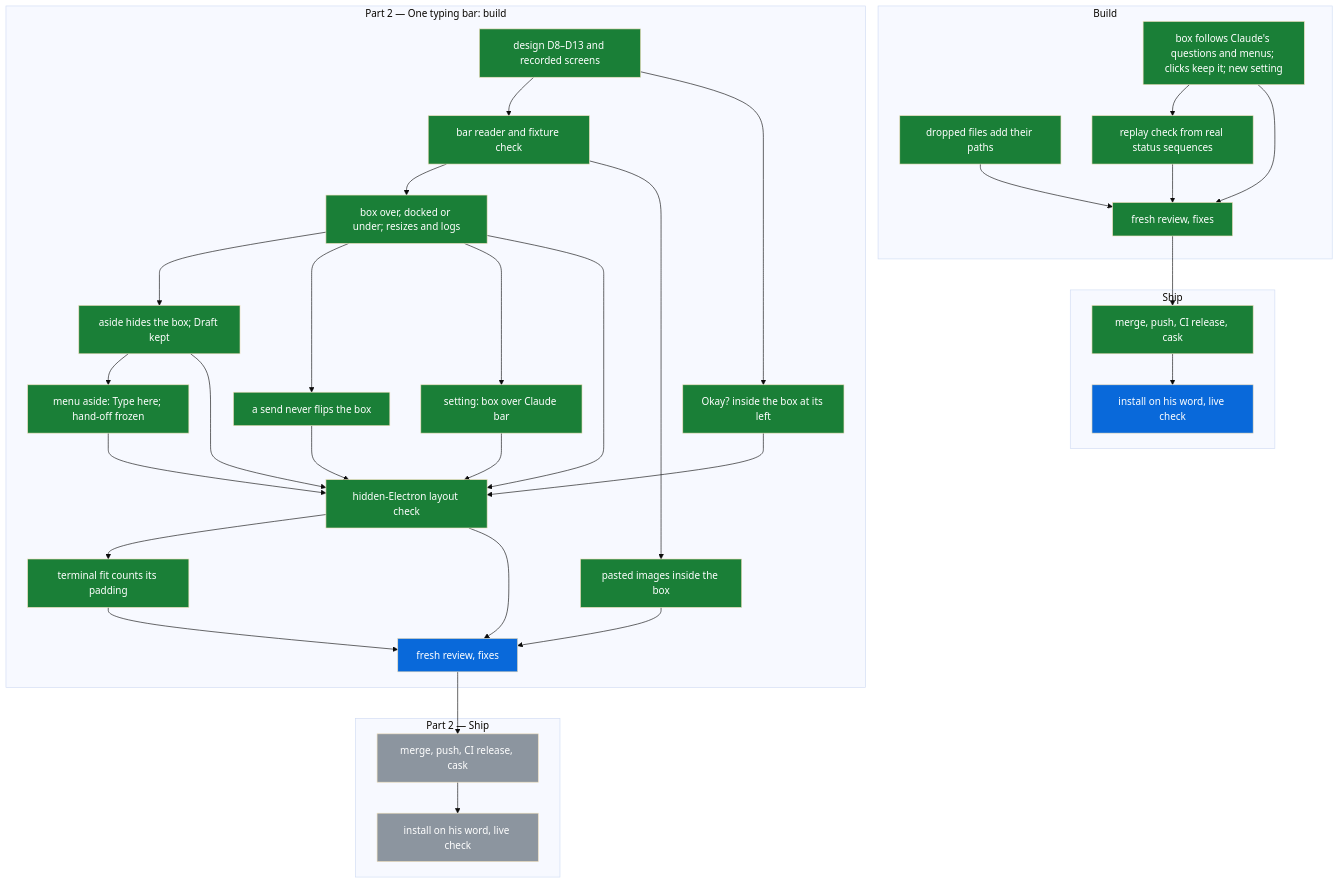
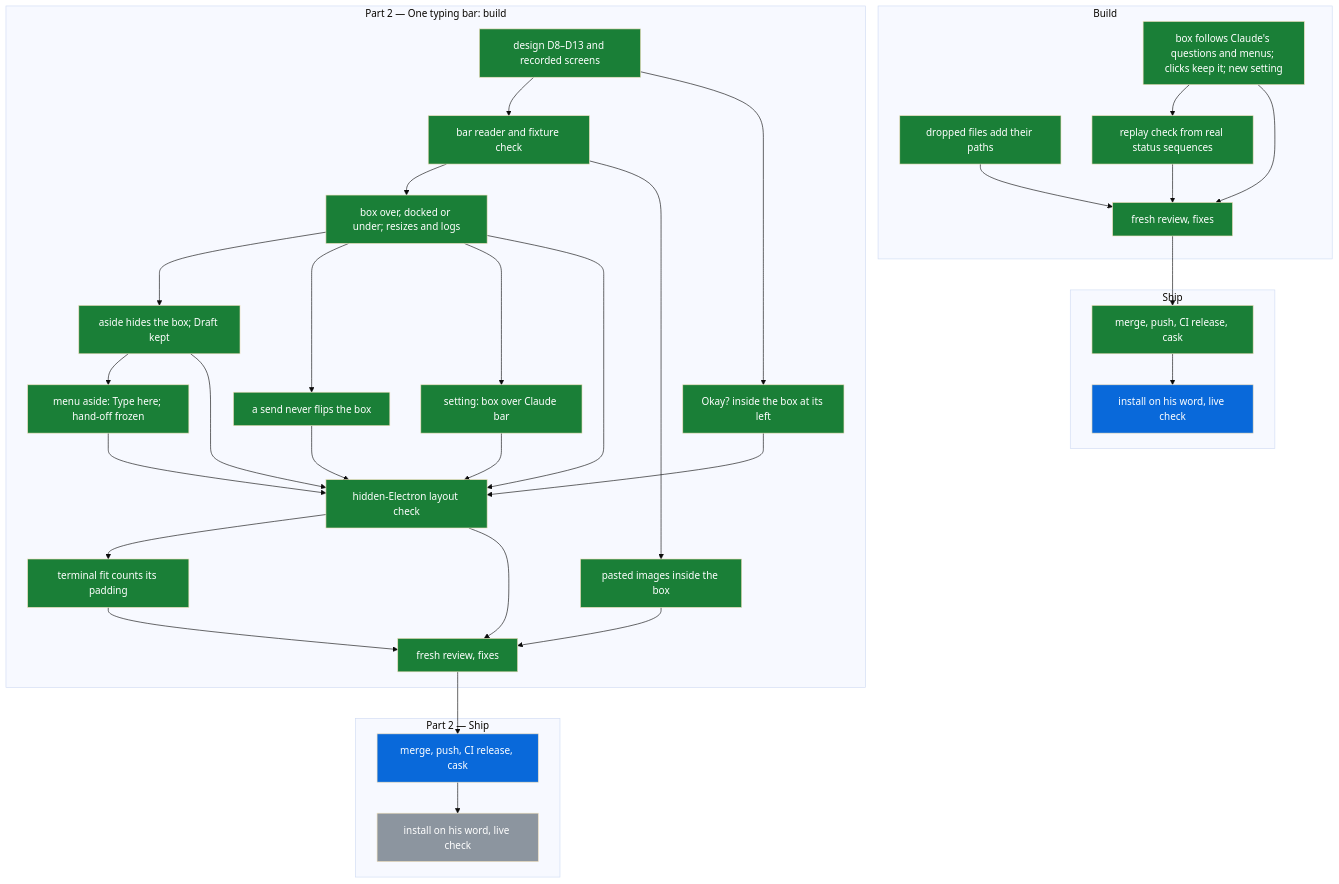
One commit to michaeljryoung/patton changed the diagram in docs/compose-box.md. Above: the diagram before and after it, drawn with Mermaid (base theme). The commit also changed other lines of this file, not shown here.

Commit message:
Compose box map: reviews done, release under way (S58)

````diff
--- a/docs/compose-box.md
+++ b/docs/compose-box.md
@@ -11,63 +11,63 @@
 ```mermaid
 flowchart TD
   subgraph B["Build"]
     box_core[box follows Claude's questions and menus; clicks keep it; new setting]:::done
     box_drop[dropped files add their paths]:::done
     box_replay[replay check from real status sequences]:::done
     box_review[fresh review, fixes]:::done
   end
   subgraph S["Ship"]
     box_release[merge, push, CI release, cask]:::done
     box_ship[install on his word, live check]:::live
   end
   subgraph O["Part 2 — One typing bar: build"]
     bar_design[design D8–D13 and recorded screens]:::done
     bar_reader[bar reader and fixture check]:::done
     bar_placement[box over, docked or under; resizes and logs]:::done
     send_no_flip[a send never flips the box]:::done
     bar_aside[aside hides the box; Draft kept]:::done
     aside_fixes[menu aside: Type here; hand-off frozen]:::done
     okay_in_box[Okay? inside the box at its left]:::done
     over_setting[setting: box over Claude bar]:::done
     bar_layout_check[hidden-Electron layout check]:::done
     fit_padding[terminal fit counts its padding]:::done
     images_in_box[pasted images inside the box]:::done
-    bar_review[fresh review, fixes]:::live
+    bar_review[fresh review, fixes]:::done
   end
   subgraph OS["Part 2 — Ship"]
-    bar_release[merge, push, CI release, cask]:::todo
+    bar_release[merge, push, CI release, cask]:::live
     bar_ship[install on his word, live check]:::todo
   end
   box_core --> box_replay
   box_core --> box_review
   box_drop --> box_review
   box_replay --> box_review
   box_review --> box_release
   box_release --> box_ship
   bar_design --> bar_reader
   bar_reader --> bar_placement
   bar_placement --> bar_aside
   bar_aside --> aside_fixes
   aside_fixes --> bar_layout_check
   bar_placement --> send_no_flip
   send_no_flip --> bar_layout_check
   bar_design --> okay_in_box
   bar_placement --> over_setting
   bar_placement --> bar_layout_check
   bar_aside --> bar_layout_check
   okay_in_box --> bar_layout_check
   over_setting --> bar_layout_check
   bar_layout_check --> fit_padding
   fit_padding --> bar_review
   bar_layout_check --> bar_review
   bar_reader --> images_in_box
   images_in_box --> bar_review
   bar_review --> bar_release
   bar_release --> bar_ship
   classDef done fill:#1a7f37,color:#fff
   classDef live fill:#0969da,color:#fff
   classDef todo fill:#8c959f,color:#fff
   classDef blocked fill:#cf222e,color:#fff
   classDef dropped fill:#eaeef2,color:#57606a
   classDef superseded fill:#eaeef2,color:#57606a
 ```
````
